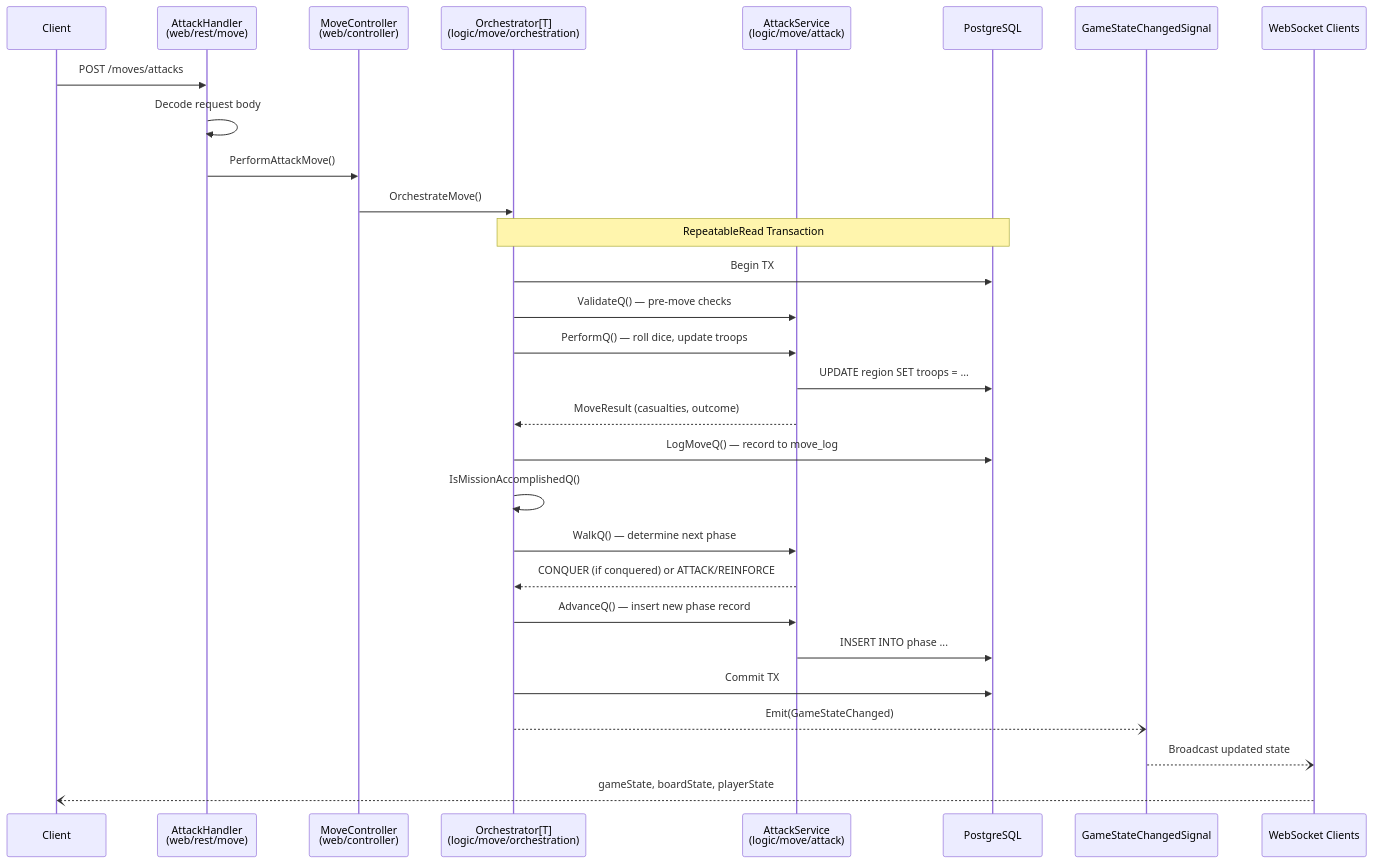
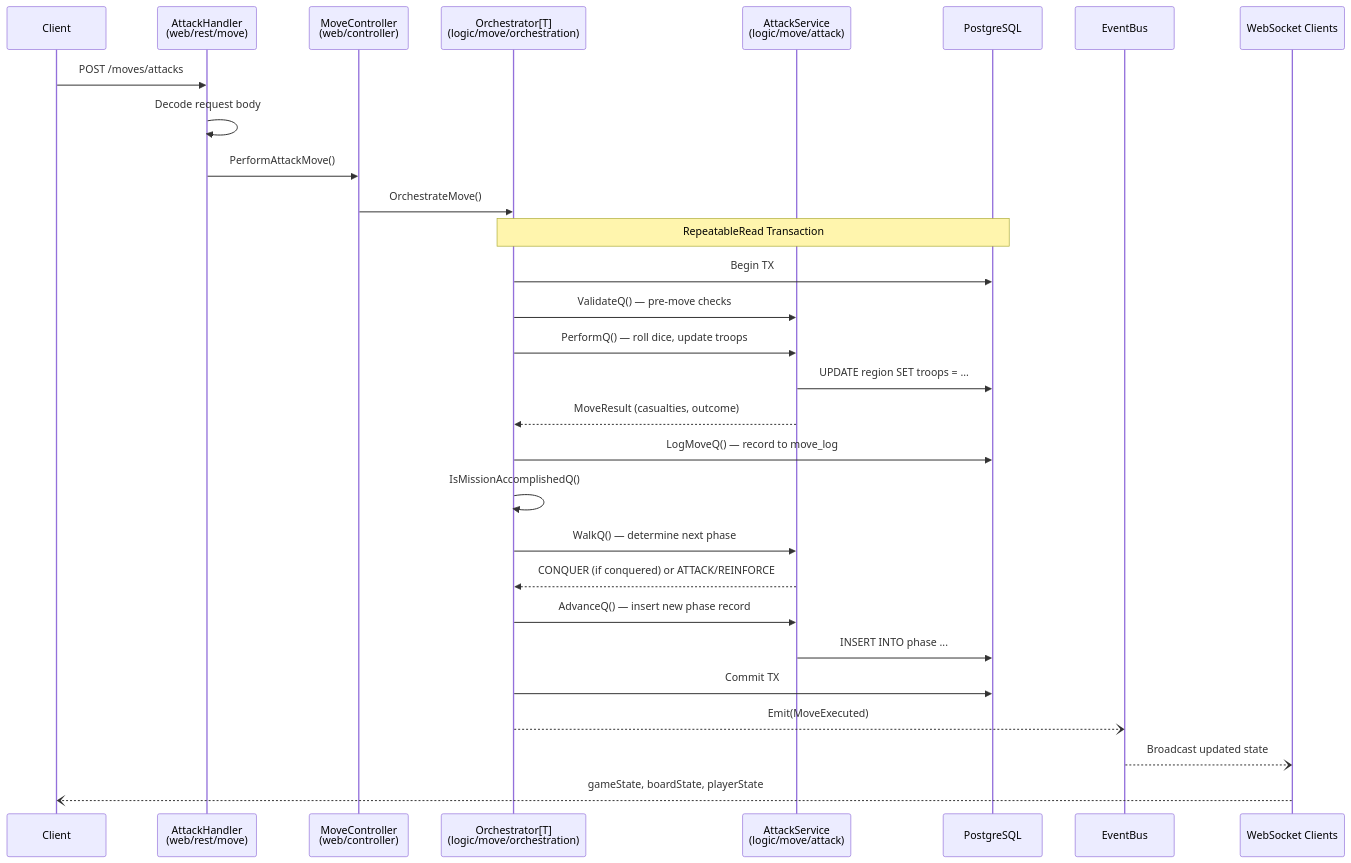
The third of 6 diagrams in docs/architecture.md (go-risk-it/go-risk-it), drawn with Mermaid before and after one commit. The commit also changed other lines of this file and 1 other file, not shown here.

First line of the commit message:
fix(docs): update stale references in README and architecture docs

````diff
--- a/docs/architecture.md
+++ b/docs/architecture.md
@@ -116,34 +116,34 @@
 ```mermaid
 sequenceDiagram
     participant Client
     participant Handler as AttackHandler<br/>(web/rest/move)
     participant Controller as MoveController<br/>(web/controller)
     participant Orchestrator as Orchestrator[T]<br/>(logic/move/orchestration)
     participant Service as AttackService<br/>(logic/move/attack)
     participant DB as PostgreSQL
-    participant Signal as GameStateChangedSignal
+    participant Bus as EventBus
     participant WS as WebSocket Clients
 
     Client->>Handler: POST /moves/attacks
     Handler->>Handler: Decode request body
     Handler->>Controller: PerformAttackMove()
     Controller->>Orchestrator: OrchestrateMove()
 
     Note over Orchestrator,DB: RepeatableRead Transaction
     Orchestrator->>DB: Begin TX
     Orchestrator->>Service: ValidateQ() — pre-move checks
     Orchestrator->>Service: PerformQ() — roll dice, update troops
     Service->>DB: UPDATE region SET troops = ...
     Service-->>Orchestrator: MoveResult (casualties, outcome)
     Orchestrator->>DB: LogMoveQ() — record to move_log
     Orchestrator->>Orchestrator: IsMissionAccomplishedQ()
     Orchestrator->>Service: WalkQ() — determine next phase
     Service-->>Orchestrator: CONQUER (if conquered) or ATTACK/REINFORCE
     Orchestrator->>Service: AdvanceQ() — insert new phase record
     Service->>DB: INSERT INTO phase ...
     Orchestrator->>DB: Commit TX
 
-    Orchestrator--)Signal: Emit(GameStateChanged)
-    Signal--)WS: Broadcast updated state
+    Orchestrator--)Bus: Emit(MoveExecuted)
+    Bus--)WS: Broadcast updated state
     WS--)Client: gameState, boardState, playerState
 ```
````
